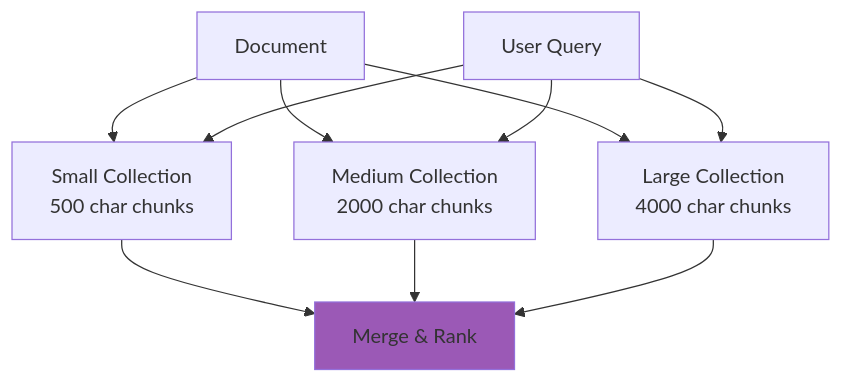
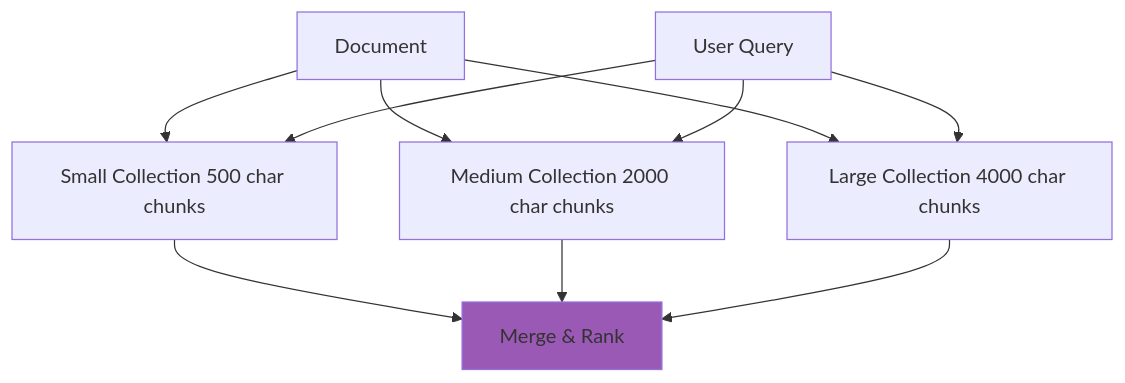
One commit to softwarewrighter/rag-demo changed the sixth of 6 diagrams in wiki/Chunking-Strategies.md. Above: the diagram before and after it, drawn with Mermaid. The commit also changed other lines of this file and 7 other files, not shown here.

````diff
--- a/wiki/Chunking-Strategies.md
+++ b/wiki/Chunking-Strategies.md
@@ -363,16 +363,16 @@
 ```mermaid
 graph TB
-    Doc[Document] --> Small[Small Collection<br/>500 char chunks]
-    Doc --> Medium[Medium Collection<br/>2000 char chunks]
-    Doc --> Large[Large Collection<br/>4000 char chunks]
+    Doc[Document] --> Small[Small Collection 500 char chunks]
+    Doc --> Medium[Medium Collection 2000 char chunks]
+    Doc --> Large[Large Collection 4000 char chunks]
 
     Query[User Query] --> Small
     Query --> Medium
     Query --> Large
 
     Small --> Merge[Merge & Rank]
     Medium --> Merge
     Large --> Merge
 
     style Merge fill:#9b59b6
 ```
````
